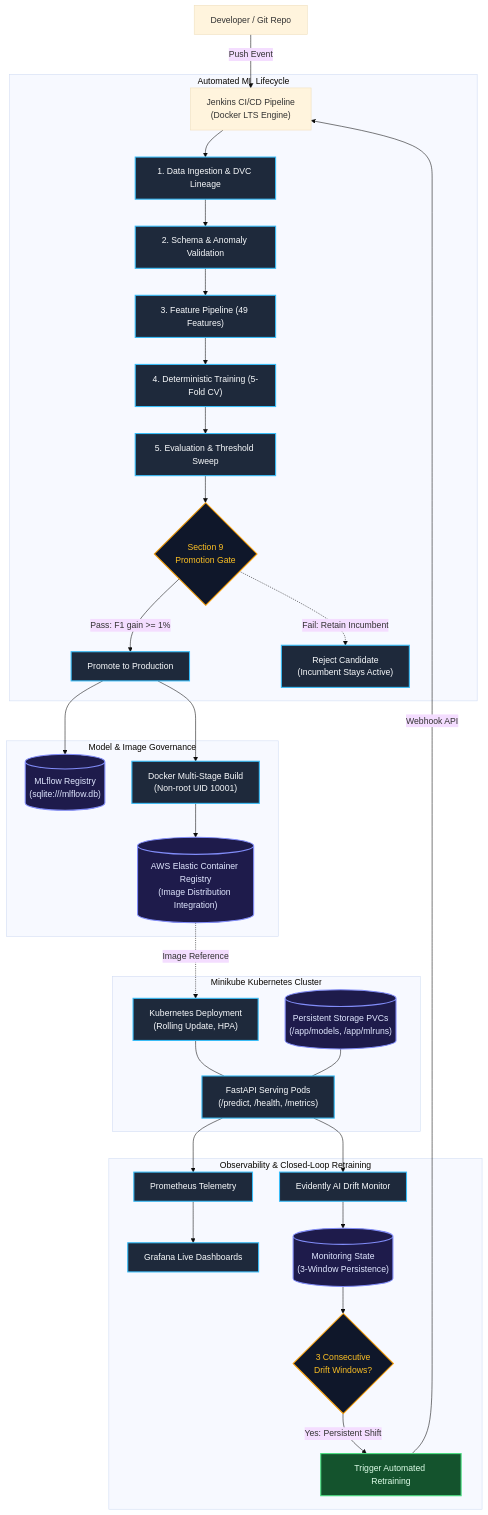
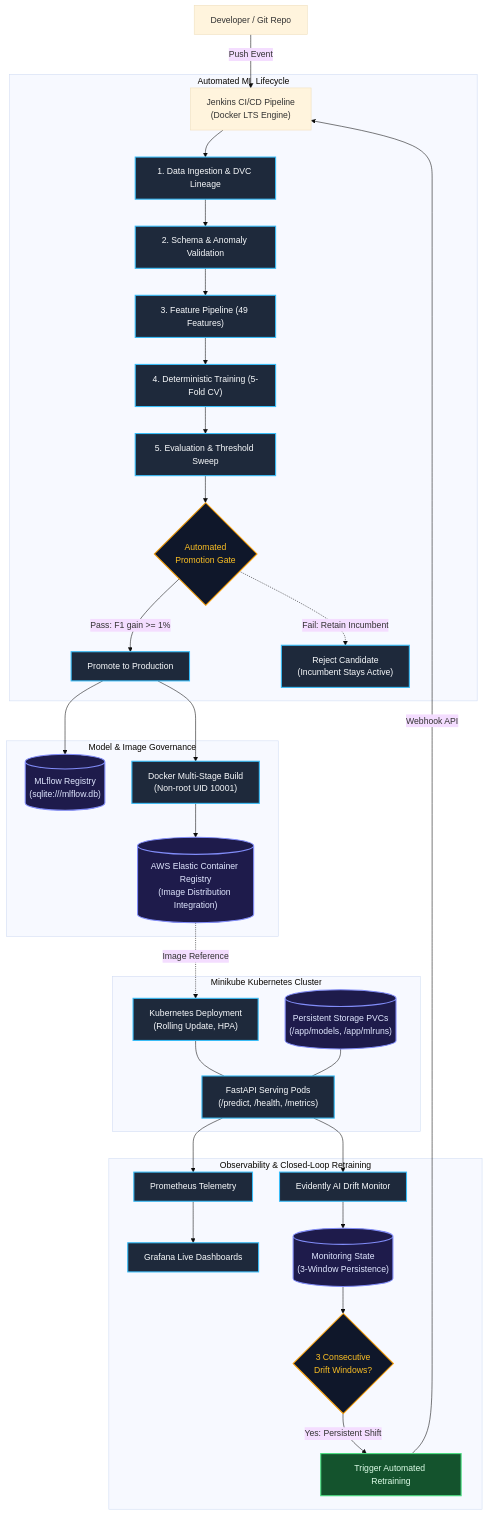
The first of 2 diagrams in README.md (aakash1552005/telco-churn-mlops), drawn with Mermaid (base theme) before and after one commit. The commit also changed other lines of this file and 2 other files, not shown here.

````diff
--- a/README.md
+++ b/README.md
@@ -177,54 +179,54 @@
 ```mermaid
 flowchart TD
     %% Global styling with high-contrast borders
     classDef main fill:#1e293b,stroke:#38bdf8,stroke-width:2px,color:#f8fafc;
     classDef gate fill:#0f172a,stroke:#f59e0b,stroke-width:2px,color:#fbbf24;
     classDef store fill:#1e1b4b,stroke:#818cf8,stroke-width:2px,color:#e0e7ff;
     classDef ext fill:#14532d,stroke:#4ade80,stroke-width:2px,color:#dcfce7;
 
     DEV["Developer / Git Repo"] -->|Push Event| JENKINS["Jenkins CI/CD Pipeline\n(Docker LTS Engine)"]
 
     subgraph ML_Lifecycle ["Automated ML Lifecycle"]
         JENKINS --> INGEST["1. Data Ingestion & DVC Lineage"]
         INGEST --> VALID["2. Schema & Anomaly Validation"]
         VALID --> FEAT["3. Feature Pipeline (49 Features)"]
         FEAT --> TRAIN["4. Deterministic Training (5-Fold CV)"]
         TRAIN --> EVAL["5. Evaluation & Threshold Sweep"]
-        EVAL --> GATE{"Section 9\nPromotion Gate"}
+        EVAL --> GATE{"Automated\nPromotion Gate"}
         GATE -->|Pass: F1 gain >= 1%| PROMOTE["Promote to Production"]
         GATE -.->|Fail: Retain Incumbent| REJECT["Reject Candidate\n(Incumbent Stays Active)"]
     end
     class INGEST,VALID,FEAT,TRAIN,EVAL,PROMOTE main;
     class GATE gate;
     class REJECT main;
 
     subgraph Governance ["Model & Image Governance"]
         PROMOTE --> MLFLOW[("MLflow Registry\n(sqlite:///mlflow.db)")]
         PROMOTE --> DOCKER["Docker Multi-Stage Build\n(Non-root UID 10001)"]
         DOCKER --> ECR[("AWS Elastic Container Registry\n(Image Distribution Integration)")]
     end
     class MLFLOW,ECR store;
     class DOCKER main;
 
     subgraph Cluster ["Minikube Kubernetes Cluster"]
         ECR -.->|Image Reference| K8S_DEPLOY["Kubernetes Deployment\n(Rolling Update, HPA)"]
         K8S_DEPLOY --- FASTAPI["FastAPI Serving Pods\n(/predict, /health, /metrics)"]
         PVC[("Persistent Storage PVCs\n(/app/models, /app/mlruns)")] --- FASTAPI
     end
     class K8S_DEPLOY,FASTAPI main;
     class PVC store;
 
     subgraph Telemetry ["Observability & Closed-Loop Retraining"]
         FASTAPI --> PROM["Prometheus Telemetry"]
         PROM --> GRAFANA["Grafana Live Dashboards"]
         FASTAPI --> DRIFT["Evidently AI Drift Monitor"]
         DRIFT --> DRIFT_STATE[("Monitoring State\n(3-Window Persistence)")]
         DRIFT_STATE --> DRIFT_CHECK{"3 Consecutive\nDrift Windows?"}
         DRIFT_CHECK -->|Yes: Persistent Shift| RETRAIN["Trigger Automated Retraining"]
         RETRAIN -->|Webhook API| JENKINS
     end
     class PROM,GRAFANA,DRIFT main;
     class DRIFT_STATE store;
     class DRIFT_CHECK gate;
     class RETRAIN ext;
 ```
````
